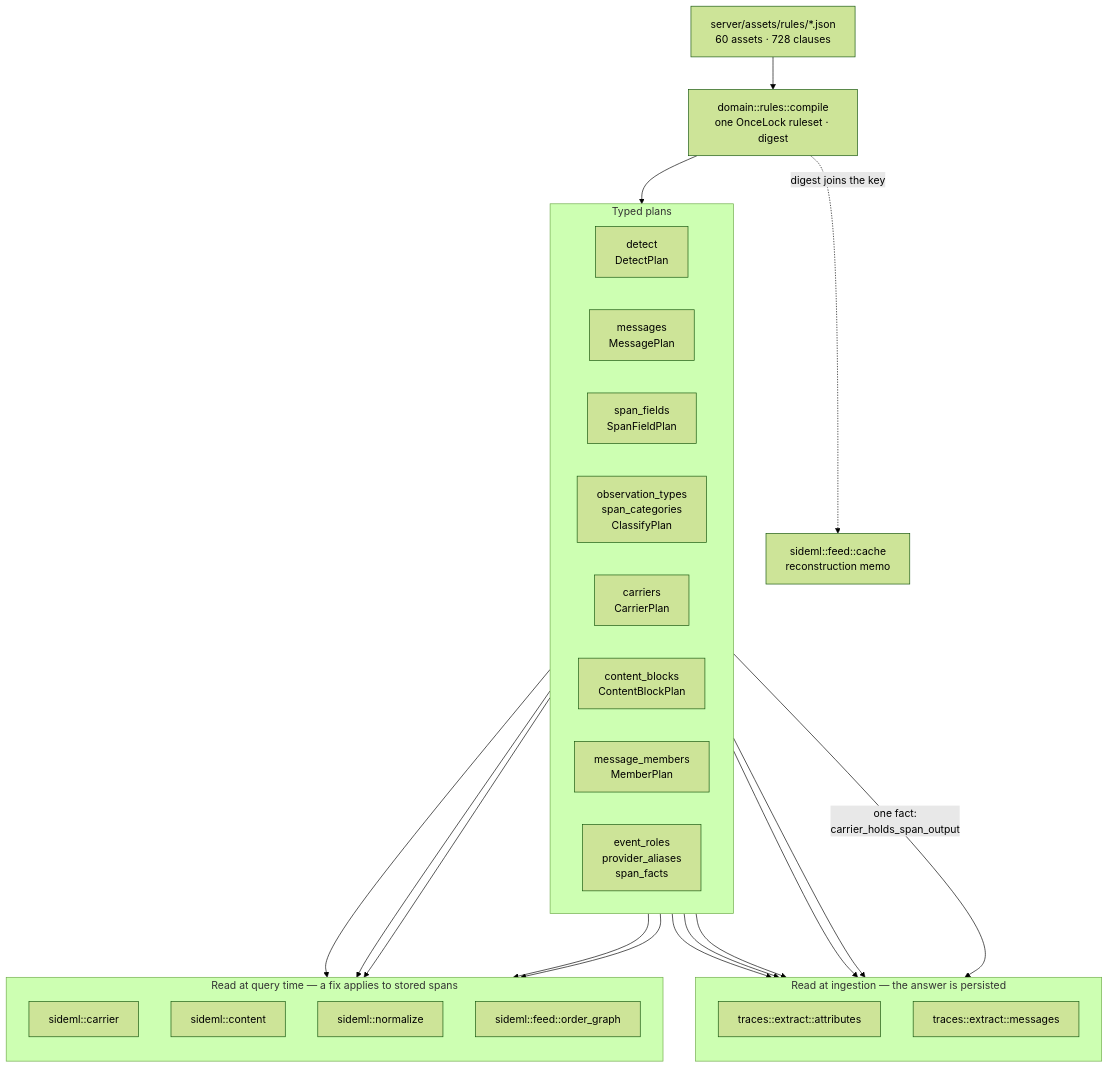
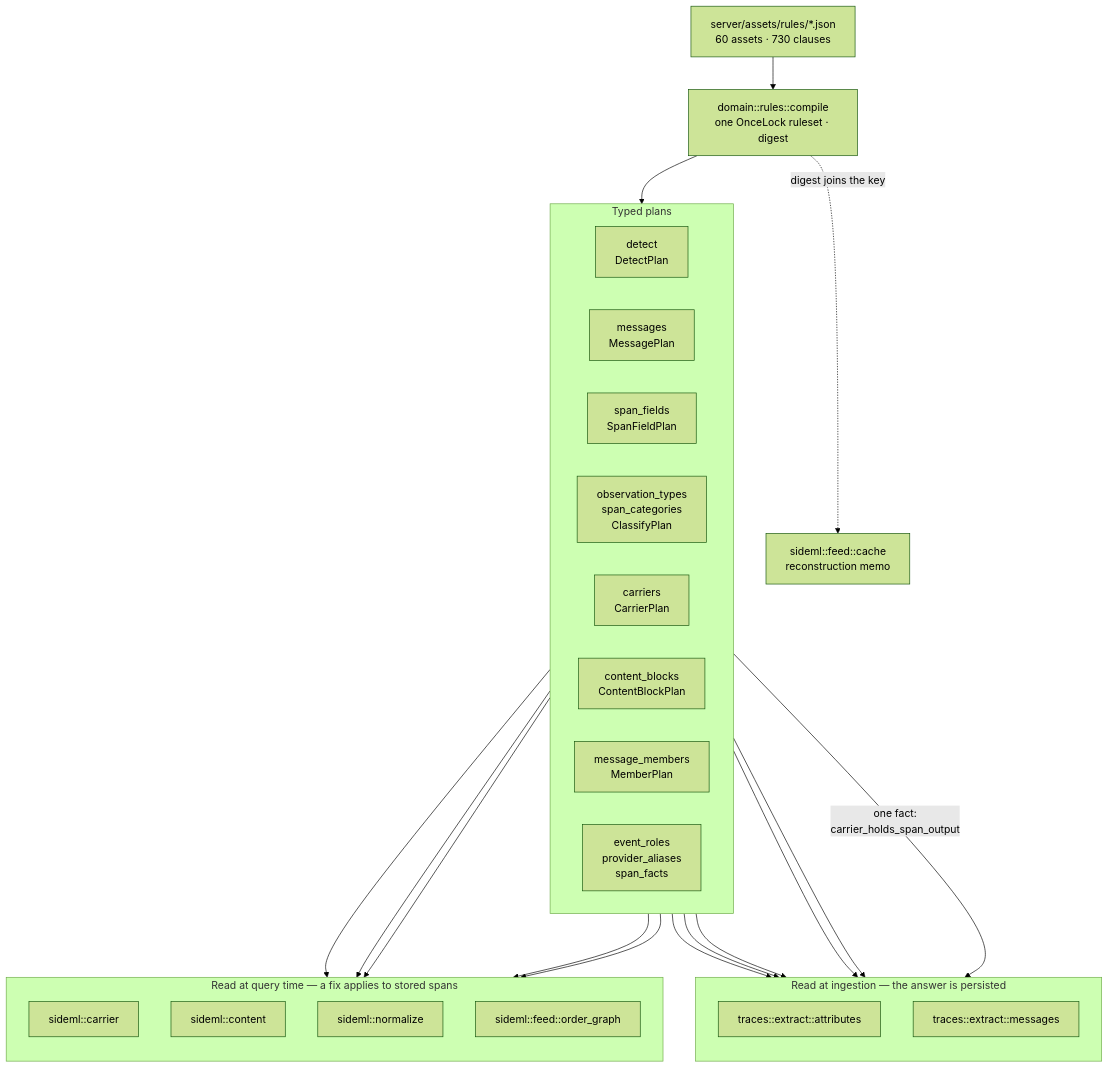
The first of 7 diagrams in docs/engineering/architecture-diagrams.md (sideseat/sideseat), drawn with Mermaid (forest theme) before and after one commit. The commit also changed 32 other files, not shown here.

````diff
--- a/docs/engineering/architecture-diagrams.md
+++ b/docs/engineering/architecture-diagrams.md
@@ -18,47 +18,47 @@
 ```mermaid
 flowchart TB
-    assets["server/assets/rules/*.json<br/>60 assets · 728 clauses"]
+    assets["server/assets/rules/*.json<br/>60 assets · 730 clauses"]
     compile["domain::rules::compile<br/>one OnceLock ruleset · digest"]
     assets --> compile
 
     subgraph plans["Typed plans"]
         direction LR
         detect["detect<br/>DetectPlan"]
         messages["messages<br/>MessagePlan"]
         fields["span_fields<br/>SpanFieldPlan"]
         classify["observation_types<br/>span_categories<br/>ClassifyPlan"]
         carriers["carriers<br/>CarrierPlan"]
         blocks["content_blocks<br/>ContentBlockPlan"]
         members["message_members<br/>MemberPlan"]
         roles["event_roles<br/>provider_aliases<br/>span_facts"]
     end
     compile --> plans
 
     subgraph ingest["Read at ingestion — the answer is persisted"]
         direction TB
         attrs["traces::extract::attributes"]
         msgs["traces::extract::messages"]
     end
 
     subgraph query["Read at query time — a fix applies to stored spans"]
         direction TB
         carrier["sideml::carrier"]
         content["sideml::content"]
         normalize["sideml::normalize"]
         order["sideml::feed::order_graph"]
     end
 
     detect --> attrs
     fields --> attrs
     classify --> attrs
     roles --> attrs
     messages --> msgs
     carriers -->|"one fact:<br/>carrier_holds_span_output"| msgs
     carriers --> carrier
     carriers --> order
     blocks --> content
     members --> content
     roles --> normalize
 
     compile -. "digest joins the key" .-> cache["sideml::feed::cache<br/>reconstruction memo"]
 ```
````
